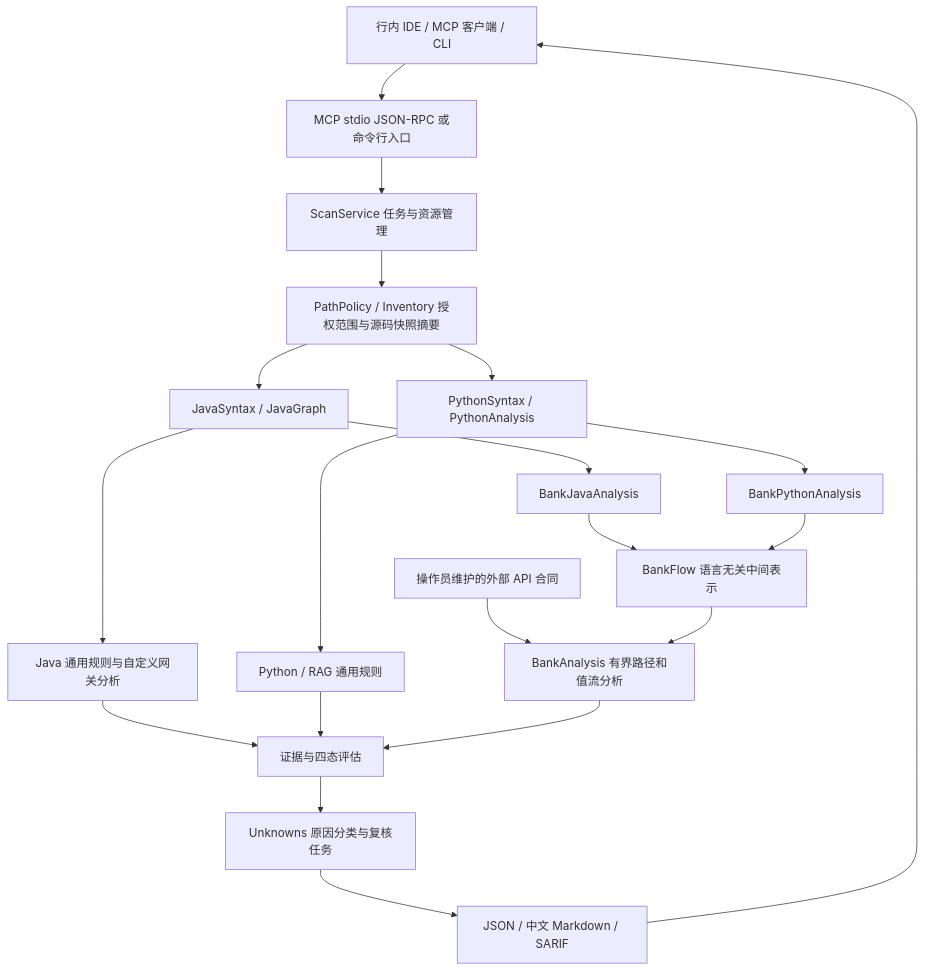
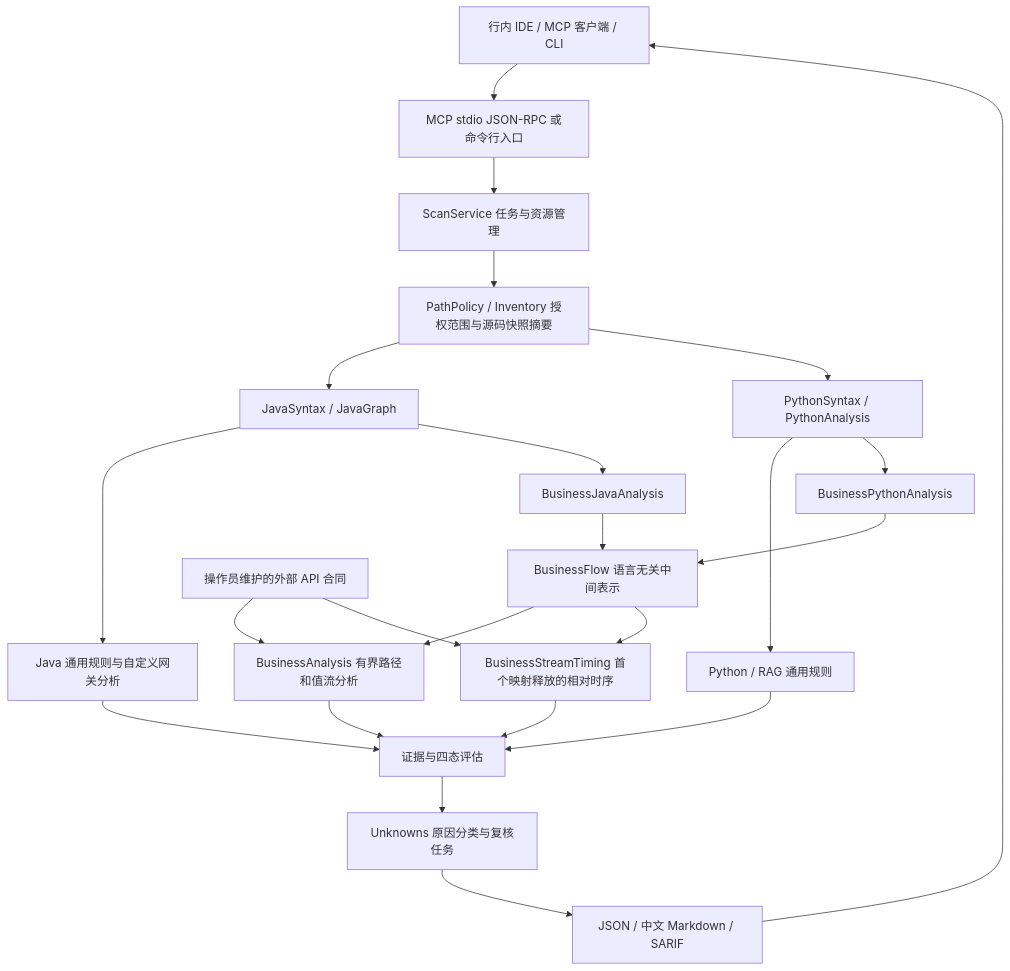
The diagram in docs/technical-architecture.md (maochendong/ai-guardrail-scanner), drawn with Mermaid before and after one commit. The commit also changed other lines of this file and 50 other files, not shown here.

Commit message:
feat: add business call contexts and stream timing analysis

````diff
--- a/docs/technical-architecture.md
+++ b/docs/technical-architecture.md
@@ -5,22 +5,25 @@
 ```mermaid
 flowchart TD
     A[行内 IDE / MCP 客户端 / CLI] --> B[MCP stdio JSON-RPC 或命令行入口]
     B --> C[ScanService 任务与资源管理]
     C --> D[PathPolicy / Inventory 授权范围与源码快照摘要]
     D --> E[JavaSyntax / JavaGraph]
     D --> F[PythonSyntax / PythonAnalysis]
     E --> G[Java 通用规则与自定义网关分析]
     F --> H[Python / RAG 通用规则]
-    E --> I[BankJavaAnalysis]
-    F --> J[BankPythonAnalysis]
-    I --> K[BankFlow 语言无关中间表示]
+    E --> I[BusinessJavaAnalysis]
+    F --> J[BusinessPythonAnalysis]
+    I --> K[BusinessFlow 语言无关中间表示]
     J --> K
-    P[操作员维护的外部 API 合同] --> L[BankAnalysis 有界路径和值流分析]
+    P[操作员维护的外部 API 合同] --> L[BusinessAnalysis 有界路径和值流分析]
     K --> L
+    K --> T[BusinessStreamTiming 首个映射释放的相对时序]
+    P --> T
     G --> M[证据与四态评估]
     H --> M
     L --> M
+    T --> M
     M --> N[Unknowns 原因分类与复核任务]
     N --> O[JSON / 中文 Markdown / SARIF]
     O --> A
 ```
````
